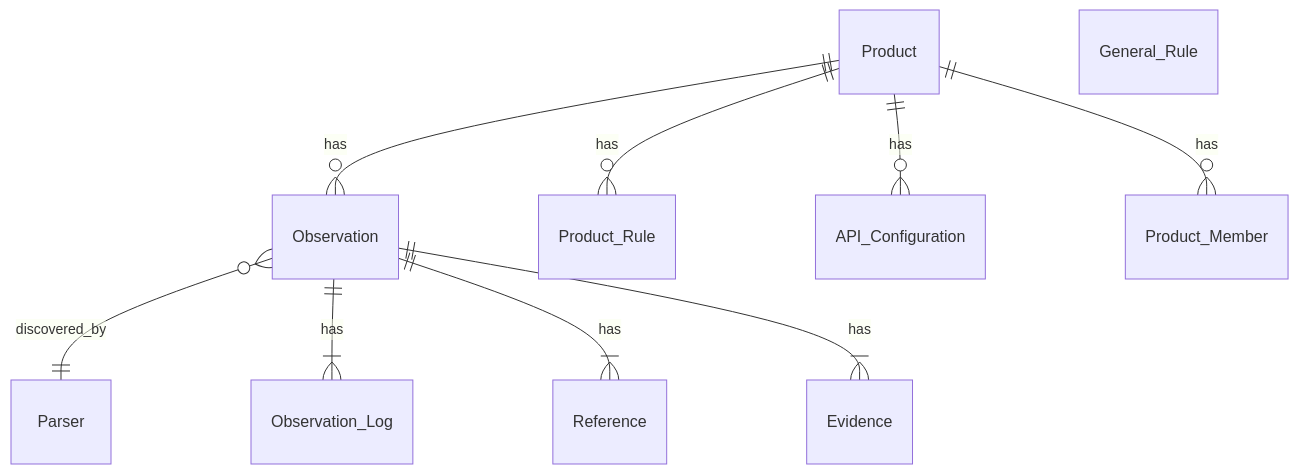
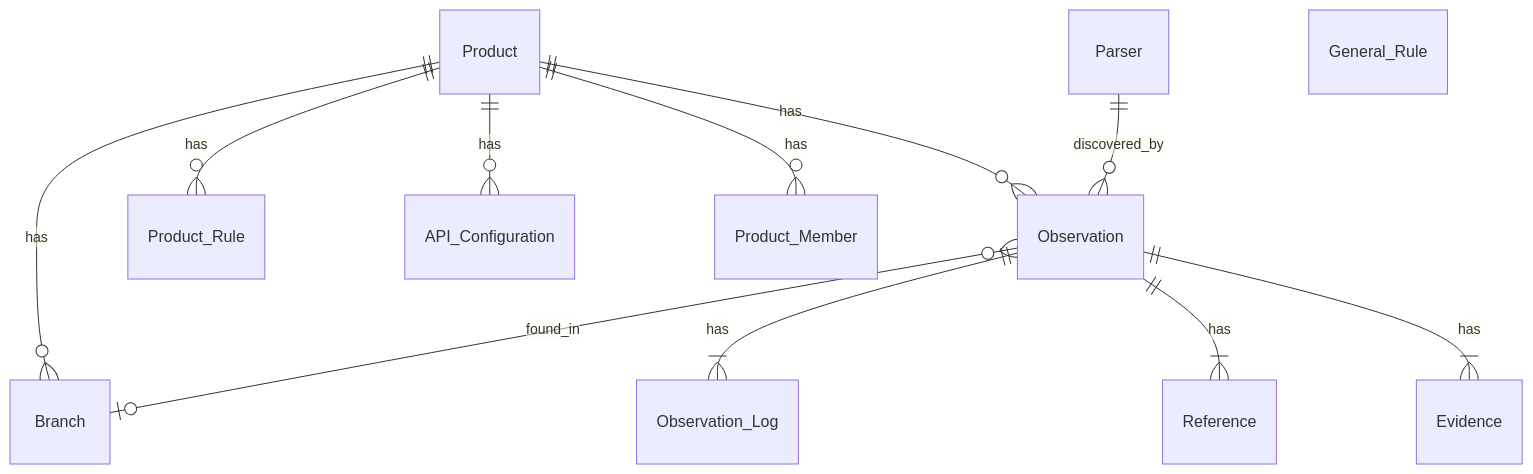
Before and after one commit to MaibornWolff/SecObserve: the diagram in docs/getting_started/data_model.md, drawn with Mermaid. The commit also changed other lines of this file and 2 other files, not shown here.

````diff
--- a/docs/getting_started/data_model.md
+++ b/docs/getting_started/data_model.md
@@ -3,12 +3,14 @@
 ``` mermaid
 erDiagram
     Product ||--o{ Observation : has
+    Product ||--o{ Branch : has
     Product ||--o{ Product_Rule : has
     Product ||--o{ API_Configuration : has
     Product ||--o{ Product_Member : has
-    Observation }o--|| Parser : discovered_by
+    Parser ||--o{ Observation: discovered_by
+    Observation }o--o| Branch: found_in
     Observation ||--|{ Observation_Log : has
     Observation ||--|{ Reference : has
     Observation ||--|{ Evidence : has
     General_Rule
 ```
````
